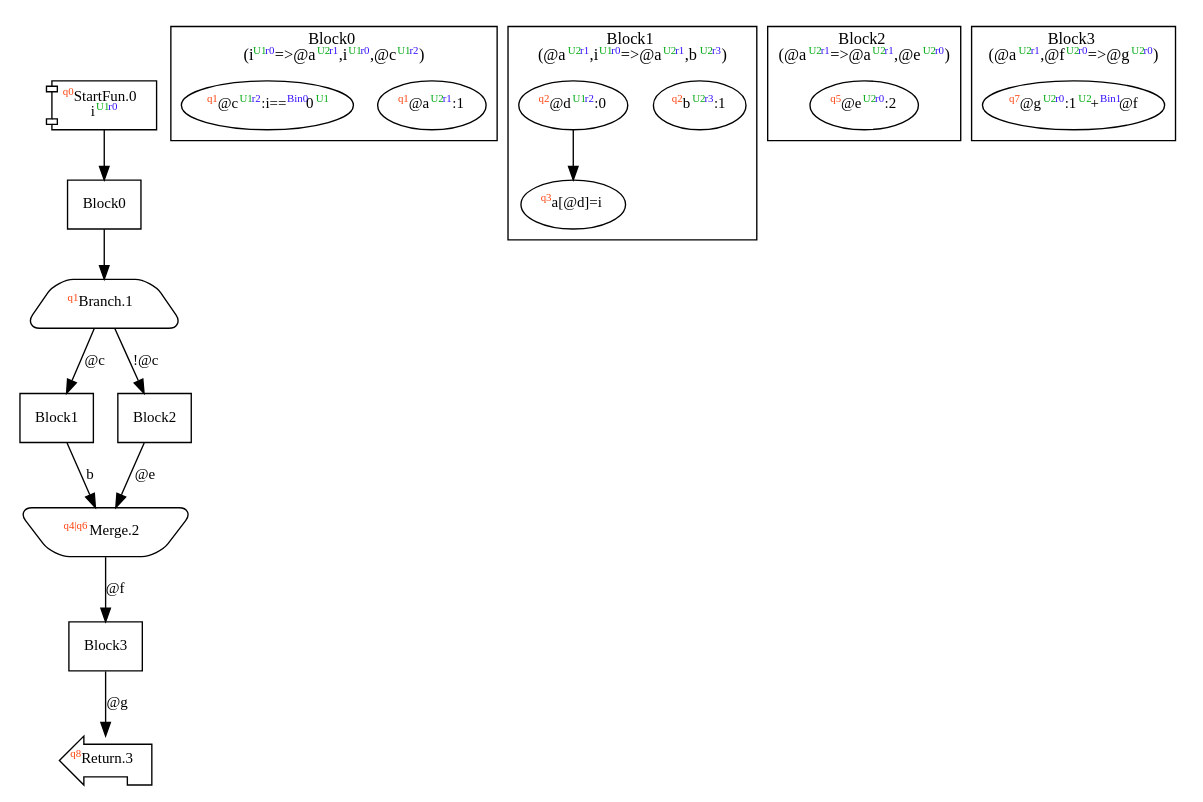
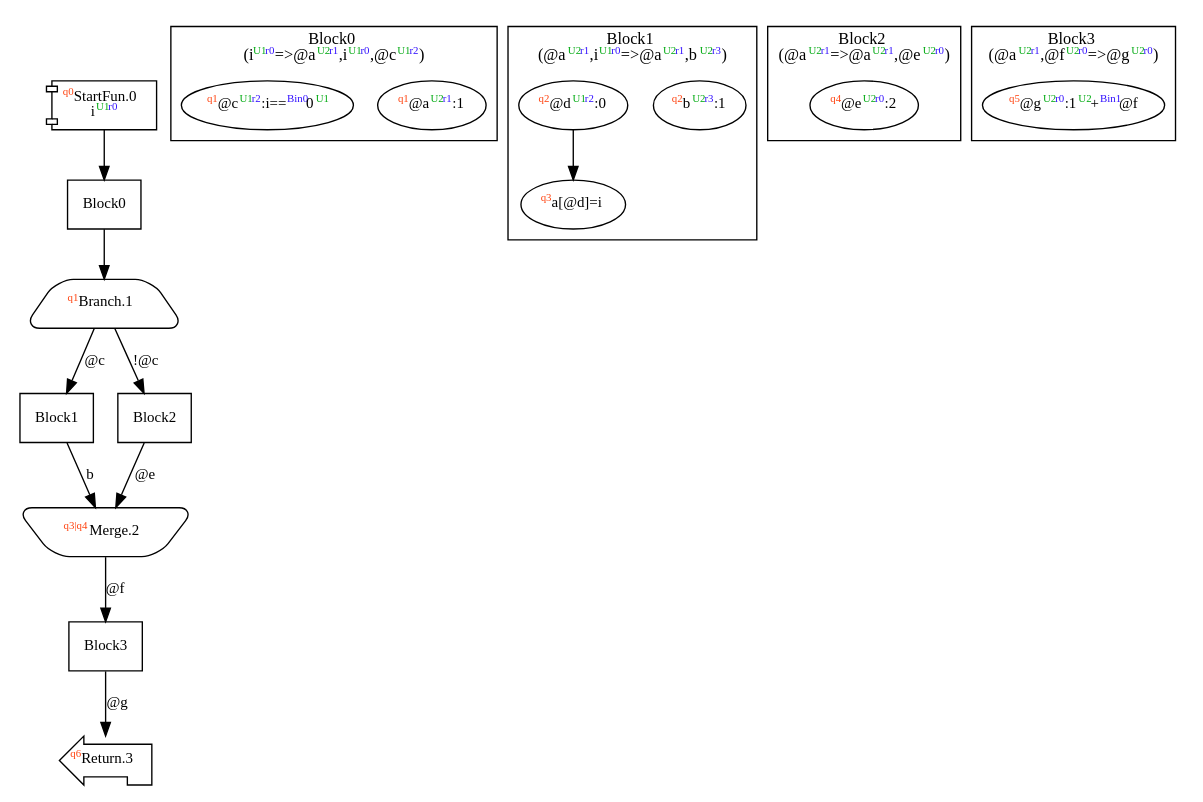
One commit to akouryy/SyntheScala changed the diagram in dist/complexIf.dot. Above: the diagram before and after it, drawn with Graphviz. The commit also changed 19 other files, not shown here.

Commit message:
Remove Jump.Merge-occupied state

```diff
--- a/dist/complexIf.dot
+++ b/dist/complexIf.dot
@@ -1,48 +1,48 @@
 digraph Program_ {
   graph [fontname = "Monaco", fontsize = 12, ranksep = 0.5];
   node [shape = box, fontname = "Monaco", fontsize = 11; colorscheme = pastel19];
   edge [fontname = "Monaco", fontsize = 11; colorscheme = pastel19];
   Jump0[label = <<font color="#ff4411" point-size="8"><sup>q0</sup></font>StartFun.0<br/>i<font color="#00aa11" point-size="8"><sup>U1</sup></font><font color="#3311ff" point-size="8"><sup>r0</sup></font>>; shape = component];
   Jump0 -> Block0;
   Jump1[
     label = <<font color="#ff4411" point-size="8"><sup>q1</sup></font>Branch.1>;
     shape = trapezium; style = rounded;
   ];
   Block0 -> Jump1;
   Jump1 -> Block1 [label="@c"];
   Jump1 -> Block2 [label="!@c"];
-  Jump2[label = <<font color="#ff4411" point-size="8"><sup>q4|q6</sup></font>Merge.2>; shape = invtrapezium; style = rounded];
+  Jump2[label = <<font color="#ff4411" point-size="8"><sup>q3|q4</sup></font>Merge.2>; shape = invtrapezium; style = rounded];
   Block1 -> Jump2 [label="b"];
   Block2 -> Jump2 [label="@e"];
   Jump2 -> Block3 [label="@f"];
-  Jump3[label = <<font color="#ff4411" point-size="8"><sup>q8</sup></font>Return.3>; shape = lpromoter];
+  Jump3[label = <<font color="#ff4411" point-size="8"><sup>q6</sup></font>Return.3>; shape = lpromoter];
   Block3 -> Jump3 [label="@g"];
   Block0 [label = "Block0"];
   Block1 [label = "Block1"];
   Block2 [label = "Block2"];
   Block3 [label = "Block3"];
   subgraph cluster_dfg_Block0 {
     node [shape = oval];
     label = <Block0<br/>(i<font color="#00aa11" point-size="8"><sup>U1</sup></font><font color="#3311ff" point-size="8"><sup>r0</sup></font>=&gt;@a<font color="#00aa11" point-size="8"><sup>U2</sup></font><font color="#3311ff" point-size="8"><sup>r1</sup></font>,i<font color="#00aa11" point-size="8"><sup>U1</sup></font><font color="#3311ff" point-size="8"><sup>r0</sup></font>,@c<font color="#00aa11" point-size="8"><sup>U1</sup></font><font color="#3311ff" point-size="8"><sup>r2</sup></font>)>;
     0 [label=<<font color="#ff4411" point-size="8"><sup>q1</sup></font>@a<font color="#00aa11" point-size="8"><sup>U2</sup></font><font color="#3311ff" point-size="8"><sup>r1</sup></font>:1>];
     2 [label=<<font color="#ff4411" point-size="8"><sup>q1</sup></font>@c<font color="#00aa11" point-size="8"><sup>U1</sup></font><font color="#3311ff" point-size="8"><sup>r2</sup></font>:i==<font color="#3311ff" point-size="8"><sup>Bin0</sup></font>0<font color="#00aa11" point-size="8"><sup>U1</sup></font>>];
   }
   subgraph cluster_dfg_Block1 {
     node [shape = oval];
     label = <Block1<br/>(@a<font color="#00aa11" point-size="8"><sup>U2</sup></font><font color="#3311ff" point-size="8"><sup>r1</sup></font>,i<font color="#00aa11" point-size="8"><sup>U1</sup></font><font color="#3311ff" point-size="8"><sup>r0</sup></font>=&gt;@a<font color="#00aa11" point-size="8"><sup>U2</sup></font><font color="#3311ff" point-size="8"><sup>r1</sup></font>,b<font color="#00aa11" point-size="8"><sup>U2</sup></font><font color="#3311ff" point-size="8"><sup>r3</sup></font>)>;
     3 [label=<<font color="#ff4411" point-size="8"><sup>q2</sup></font>b<font color="#00aa11" point-size="8"><sup>U2</sup></font><font color="#3311ff" point-size="8"><sup>r3</sup></font>:1>];
     4 [label=<<font color="#ff4411" point-size="8"><sup>q2</sup></font>@d<font color="#00aa11" point-size="8"><sup>U1</sup></font><font color="#3311ff" point-size="8"><sup>r2</sup></font>:0>];
     5 [label=<<font color="#ff4411" point-size="8"><sup>q3</sup></font>a[@d]=i>];
     4 -> 5;
   }
   subgraph cluster_dfg_Block2 {
     node [shape = oval];
     label = <Block2<br/>(@a<font color="#00aa11" point-size="8"><sup>U2</sup></font><font color="#3311ff" point-size="8"><sup>r1</sup></font>=&gt;@a<font color="#00aa11" point-size="8"><sup>U2</sup></font><font color="#3311ff" point-size="8"><sup>r1</sup></font>,@e<font color="#00aa11" point-size="8"><sup>U2</sup></font><font color="#3311ff" point-size="8"><sup>r0</sup></font>)>;
-    6 [label=<<font color="#ff4411" point-size="8"><sup>q5</sup></font>@e<font color="#00aa11" point-size="8"><sup>U2</sup></font><font color="#3311ff" point-size="8"><sup>r0</sup></font>:2>];
+    6 [label=<<font color="#ff4411" point-size="8"><sup>q4</sup></font>@e<font color="#00aa11" point-size="8"><sup>U2</sup></font><font color="#3311ff" point-size="8"><sup>r0</sup></font>:2>];
   }
   subgraph cluster_dfg_Block3 {
     node [shape = oval];
     label = <Block3<br/>(@a<font color="#00aa11" point-size="8"><sup>U2</sup></font><font color="#3311ff" point-size="8"><sup>r1</sup></font>,@f<font color="#00aa11" point-size="8"><sup>U2</sup></font><font color="#3311ff" point-size="8"><sup>r0</sup></font>=&gt;@g<font color="#00aa11" point-size="8"><sup>U2</sup></font><font color="#3311ff" point-size="8"><sup>r0</sup></font>)>;
-    7 [label=<<font color="#ff4411" point-size="8"><sup>q7</sup></font>@g<font color="#00aa11" point-size="8"><sup>U2</sup></font><font color="#3311ff" point-size="8"><sup>r0</sup></font>:1<font color="#00aa11" point-size="8"><sup>U2</sup></font>+<font color="#3311ff" point-size="8"><sup>Bin1</sup></font>@f>];
+    7 [label=<<font color="#ff4411" point-size="8"><sup>q5</sup></font>@g<font color="#00aa11" point-size="8"><sup>U2</sup></font><font color="#3311ff" point-size="8"><sup>r0</sup></font>:1<font color="#00aa11" point-size="8"><sup>U2</sup></font>+<font color="#3311ff" point-size="8"><sup>Bin1</sup></font>@f>];
   }
 }
```
